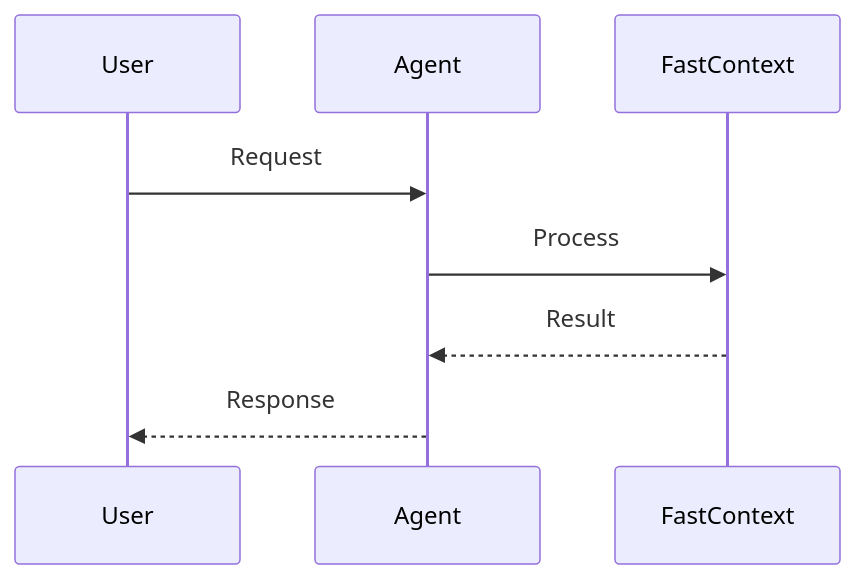
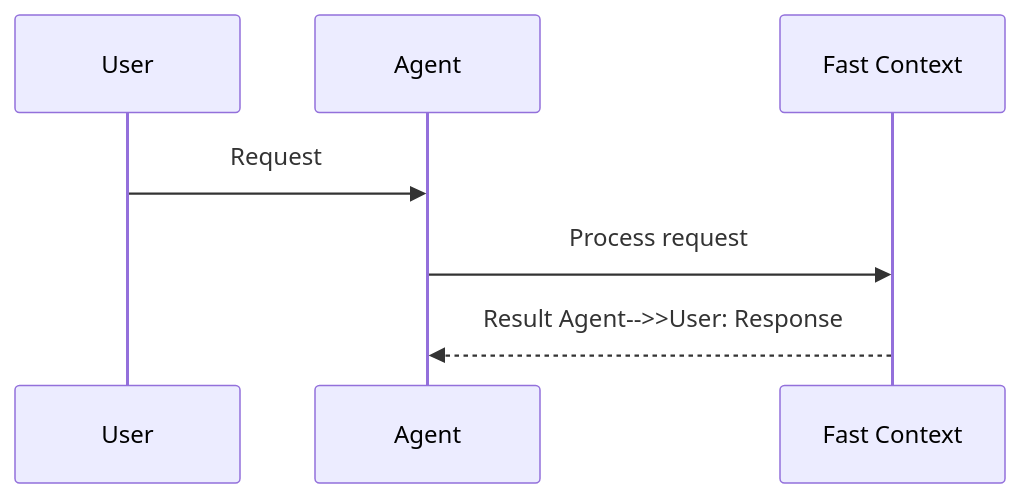
One commit to MervinPraison/PraisonAIDocs changed the second of 2 diagrams in docs/features/fast-context.mdx. Above: the diagram before and after it, drawn with Mermaid. The commit also changed 204 other files, not shown here.

First line of the commit message:
docs: align feature/tool pages with AGENTS.md hero + sequence + import standards (fixes #1775)

````diff
--- a/docs/features/fast-context.mdx
+++ b/docs/features/fast-context.mdx
@@ -50,11 +50,10 @@
 ```mermaid
 sequenceDiagram
     participant User
     participant Agent
-    participant FastContext
+    participant Feature as Fast Context
 
     User->>Agent: Request
-    Agent->>FastContext: Process
-    FastContext-->>Agent: Result
-    Agent-->>User: Response
+    Agent->>Feature: Process request
+    Feature-->>Agent: Result    Agent-->>User: Response
 ```
````
